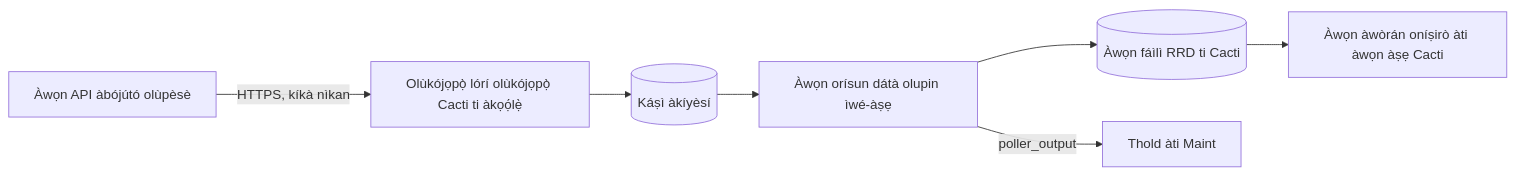
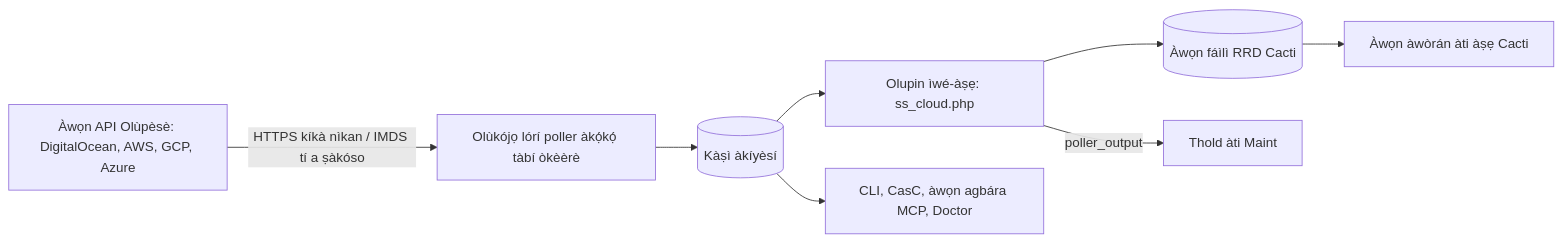
One commit to somethingwithproof/plugin_cloud changed the diagram in docs/i18n/yo-NG/README.md. Above: the diagram before and after it, drawn with Mermaid. The commit also changed other lines of this file and 48 other files, not shown here.

First line of the commit message:
docs(readme): document AWS, GCP, Azure drivers, remote collectors, and ecosystem hooks

````diff
--- a/docs/i18n/yo-NG/README.md
+++ b/docs/i18n/yo-NG/README.md
@@ -110,9 +148,10 @@
 ```mermaid
 flowchart LR
-    API[Àwọn API àbójútó olùpèsè] -->|HTTPS, kíkà nìkan| C[Olùkójọpọ̀ lórí olùkójọpọ̀ Cacti ti àkọọ́lẹ̀]
-    C --> O[(Káṣì àkíyèsí)]
-    O --> SS[Àwọn orísun dátà olupin ìwé-àṣẹ]
-    SS --> RRD[(Àwọn fáìlì RRD ti Cacti)]
+    API[Àwọn API Olùpèsè: DigitalOcean, AWS, GCP, Azure] -->|HTTPS kíkà nìkan / IMDS tí a ṣàkóso| C[Olùkójọ lórí poller àkọ́kọ́ tàbí òkèèrè]
+    C --> O[(Kàṣì àkíyèsí)]
+    O --> SS[Olupin ìwé-àṣẹ: ss_cloud.php]
+    SS --> RRD[(Àwọn fáìlì RRD Cacti)]
     SS -->|poller_output| T[Thold àti Maint]
-    RRD --> G[Àwọn àwòrán oníṣirò àti àwọn àṣẹ Cacti]
+    RRD --> G[Àwọn àwòrán àti àṣẹ Cacti]
+    O --> ECO[CLI, CasC, àwọn agbára MCP, Doctor]
 ```
````
